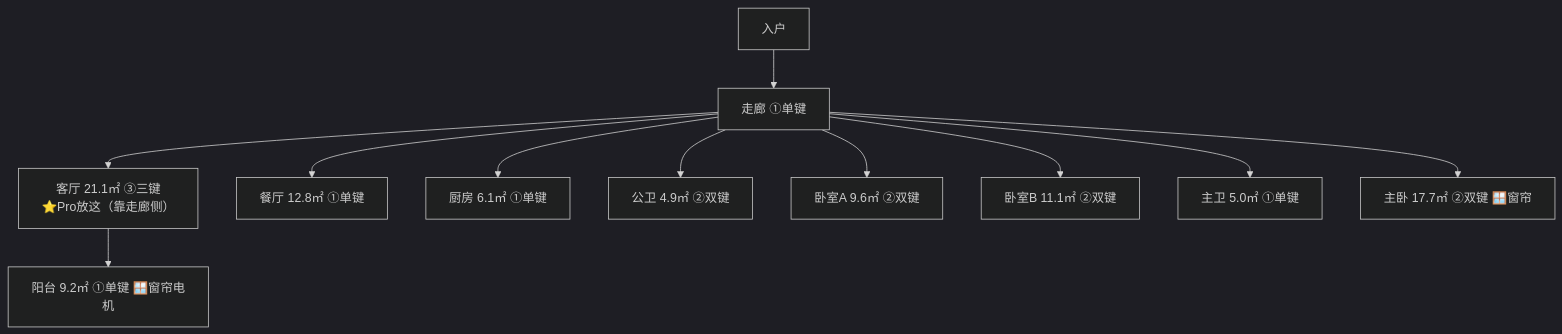
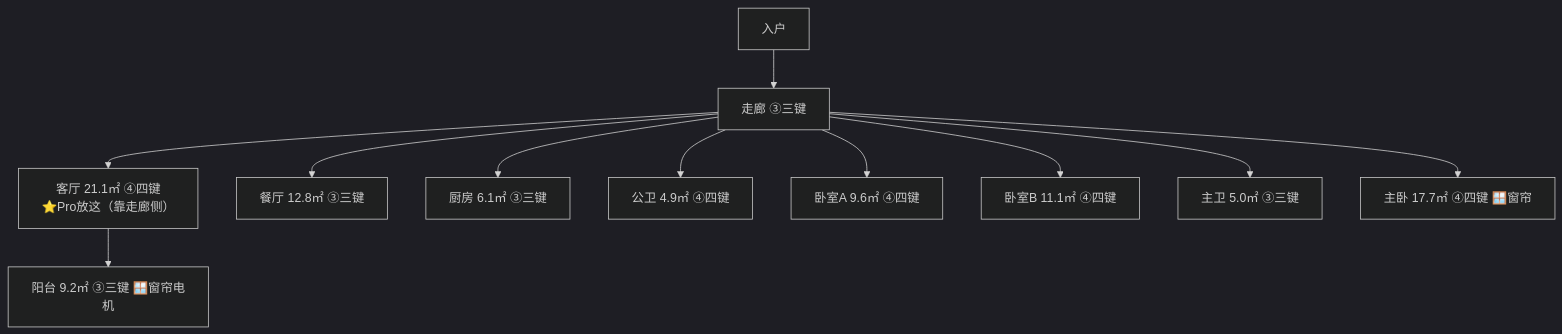
One commit to csh1314/home-smart changed the first of 2 diagrams in docs/03-shopping-list.md. Above: the diagram before and after it, drawn with Mermaid (dark theme). The commit also changed other lines of this file and 2 other files, not shown here.

````diff
--- a/docs/03-shopping-list.md
+++ b/docs/03-shopping-list.md
@@ -7,13 +7,13 @@
 ```mermaid
 graph TD
-    ENTRY["入户"] --> HALLWAY["走廊 ①单键"]
-    HALLWAY --> LR["客厅 21.1㎡ ③三键\n⭐Pro放这（靠走廊侧）"]
-    HALLWAY --> DR["餐厅 12.8㎡ ①单键"]
-    HALLWAY --> KIT["厨房 6.1㎡ ①单键"]
-    HALLWAY --> PB["公卫 4.9㎡ ②双键"]
-    HALLWAY --> BA["卧室A 9.6㎡ ②双键"]
-    HALLWAY --> BB["卧室B 11.1㎡ ②双键"]
-    HALLWAY --> MB["主卫 5.0㎡ ①单键"]
-    HALLWAY --> MBR["主卧 17.7㎡ ②双键 🪟窗帘"]
-    LR --> BAL["阳台 9.2㎡ ①单键 🪟窗帘电机"]
+    ENTRY["入户"] --> HALLWAY["走廊 ③三键"]
+    HALLWAY --> LR["客厅 21.1㎡ ④四键\n⭐Pro放这（靠走廊侧）"]
+    HALLWAY --> DR["餐厅 12.8㎡ ③三键"]
+    HALLWAY --> KIT["厨房 6.1㎡ ③三键"]
+    HALLWAY --> PB["公卫 4.9㎡ ④四键"]
+    HALLWAY --> BA["卧室A 9.6㎡ ④四键"]
+    HALLWAY --> BB["卧室B 11.1㎡ ④四键"]
+    HALLWAY --> MB["主卫 5.0㎡ ③三键"]
+    HALLWAY --> MBR["主卧 17.7㎡ ④四键 🪟窗帘"]
+    LR --> BAL["阳台 9.2㎡ ③三键 🪟窗帘电机"]
 ```
````
